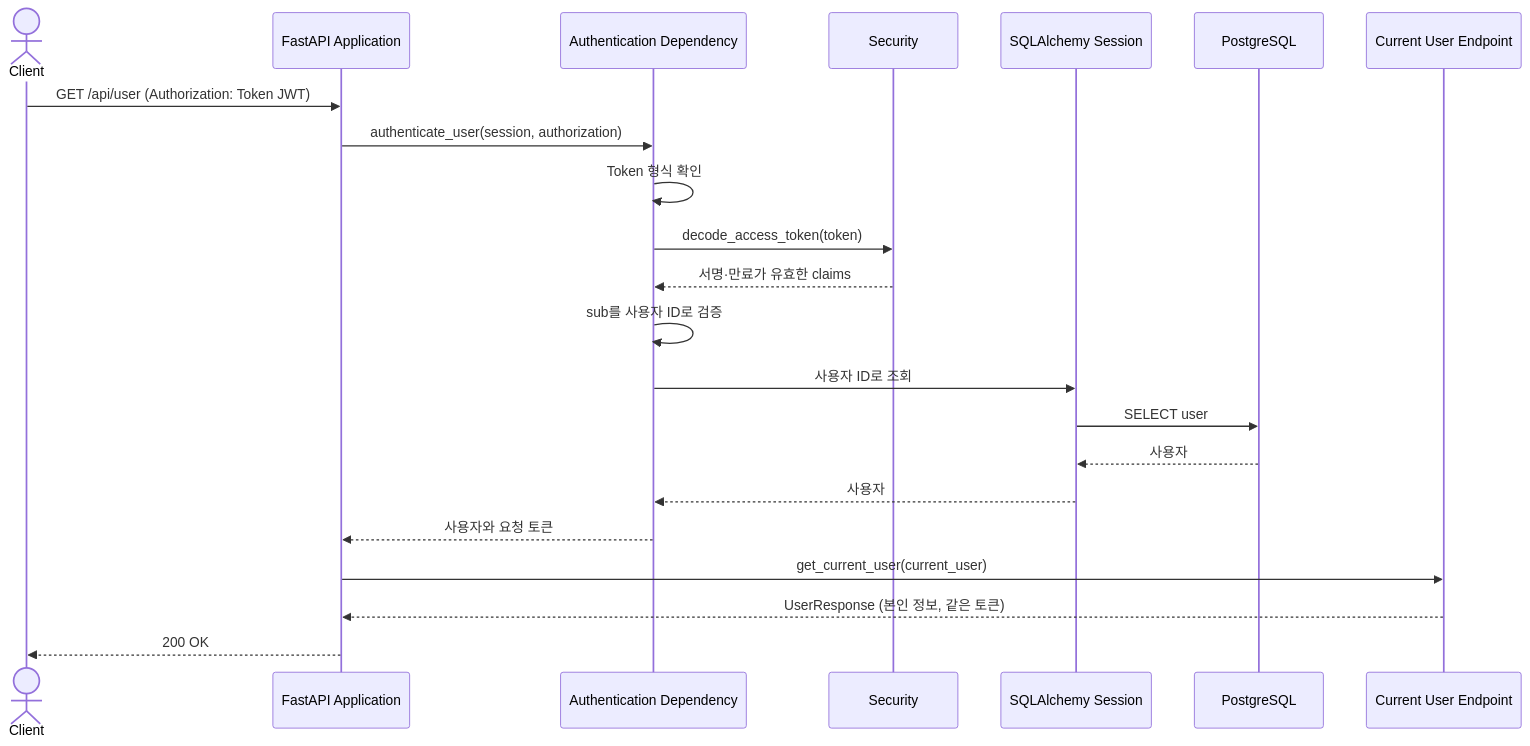
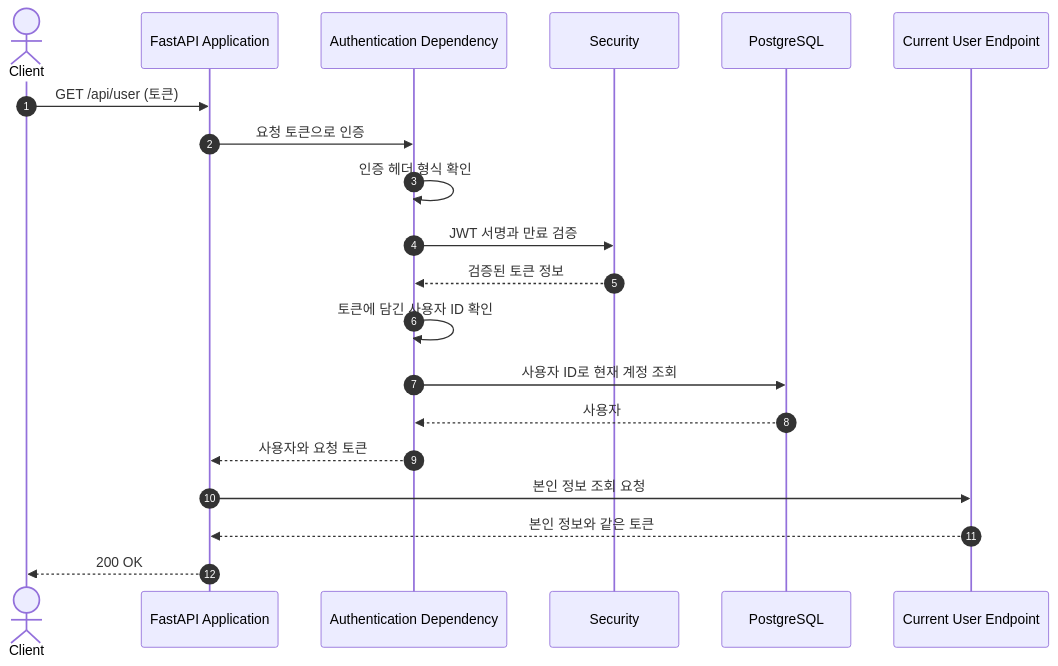
One commit to chahoseong/realworld-fastapi-backend changed the diagram in docs/architecture/flows/user-retrieval.md. Above: the diagram before and after it, drawn with Mermaid. The commit also changed other lines of this file and 11 other files, not shown here.

Commit message:
Refactor documentation for user flows: update component responsibilities, runtime views, and scenarios for comment, favorite, follow, public profile, user login, registration, retrieval, and update processes.

````diff
--- a/docs/architecture/flows/user-retrieval.md
+++ b/docs/architecture/flows/user-retrieval.md
@@ -20,25 +22,23 @@
 ```mermaid
 sequenceDiagram
+    autonumber
     actor Client
     participant App as FastAPI Application
     participant Auth as Authentication Dependency
     participant Security
-    participant Session as SQLAlchemy Session
-    participant Database as PostgreSQL
+    participant DB as PostgreSQL
     participant Endpoint as Current User Endpoint
 
-    Client->>App: GET /api/user (Authorization: Token JWT)
-    App->>Auth: authenticate_user(session, authorization)
-    Auth->>Auth: Token 형식 확인
-    Auth->>Security: decode_access_token(token)
-    Security-->>Auth: 서명·만료가 유효한 claims
-    Auth->>Auth: sub를 사용자 ID로 검증
-    Auth->>Session: 사용자 ID로 조회
-    Session->>Database: SELECT user
-    Database-->>Session: 사용자
-    Session-->>Auth: 사용자
+    Client->>App: GET /api/user (토큰)
+    App->>Auth: 요청 토큰으로 인증
+    Auth->>Auth: 인증 헤더 형식 확인
+    Auth->>Security: JWT 서명과 만료 검증
+    Security-->>Auth: 검증된 토큰 정보
+    Auth->>Auth: 토큰에 담긴 사용자 ID 확인
+    Auth->>DB: 사용자 ID로 현재 계정 조회
+    DB-->>Auth: 사용자
     Auth-->>App: 사용자와 요청 토큰
-    App->>Endpoint: get_current_user(current_user)
-    Endpoint-->>App: UserResponse (본인 정보, 같은 토큰)
+    App->>Endpoint: 본인 정보 조회 요청
+    Endpoint-->>App: 본인 정보와 같은 토큰
     App-->>Client: 200 OK
 ```
````
